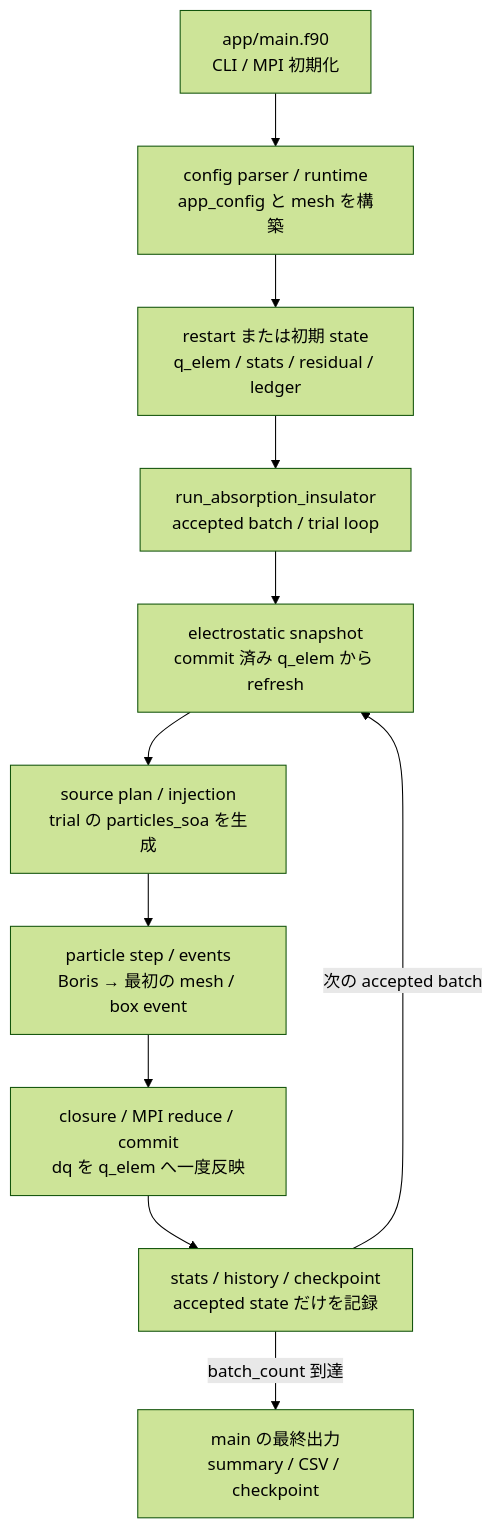
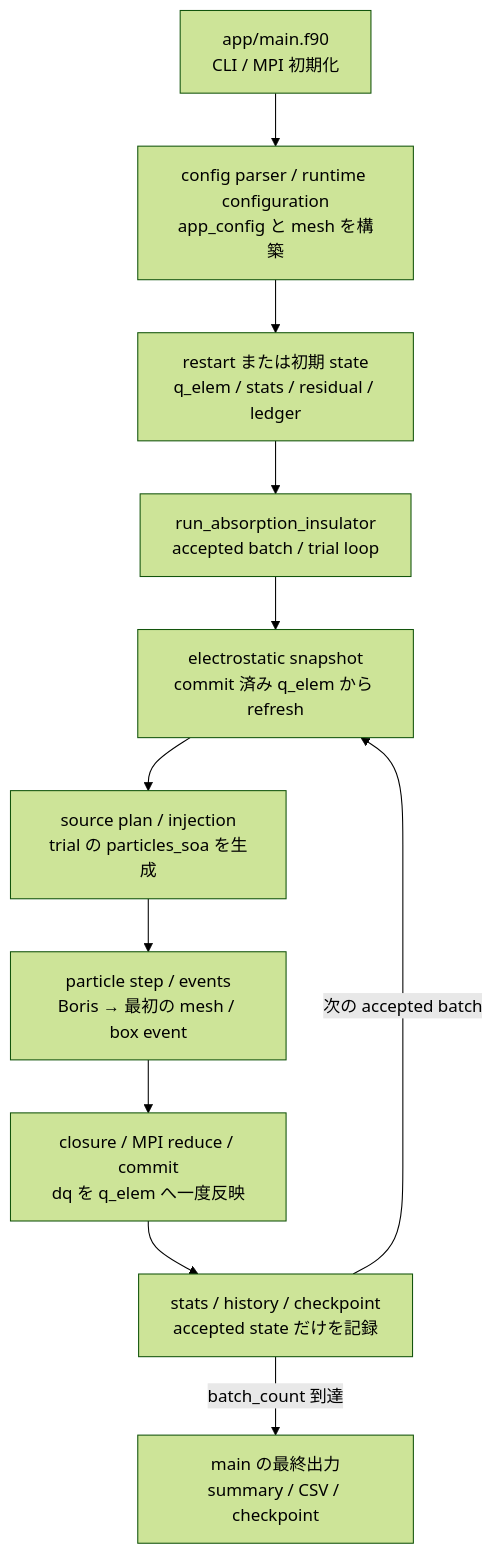
The first of 3 diagrams in docs/Architecture.md (Nkzono99/BEACH), drawn with Mermaid (forest theme) before and after one commit. The commit also changed other lines of this file and 71 other files, not shown here.

````diff
--- a/docs/Architecture.md
+++ b/docs/Architecture.md
@@ -30,18 +30,18 @@
 ```mermaid
 flowchart TD
     cli["app/main.f90\nCLI / MPI 初期化"]
-    config["config parser / runtime\napp_config と mesh を構築"]
+    config["config parser / runtime configuration\napp_config と mesh を構築"]
     restart["restart または初期 state\nq_elem / stats / residual / ledger"]
     loop["run_absorption_insulator\naccepted batch / trial loop"]
     field["electrostatic snapshot\ncommit 済み q_elem から refresh"]
     inject["source plan / injection\ntrial の particles_soa を生成"]
     step["particle step / events\nBoris → 最初の mesh / box event"]
     commit["closure / MPI reduce / commit\ndq を q_elem へ一度反映"]
     record["stats / history / checkpoint\naccepted state だけを記録"]
     final["main の最終出力\nsummary / CSV / checkpoint"]
 
     cli --> config --> restart --> loop
     loop --> field --> inject --> step --> commit --> record
     record -->|次の accepted batch| field
     record -->|batch_count 到達| final
 ```
````
